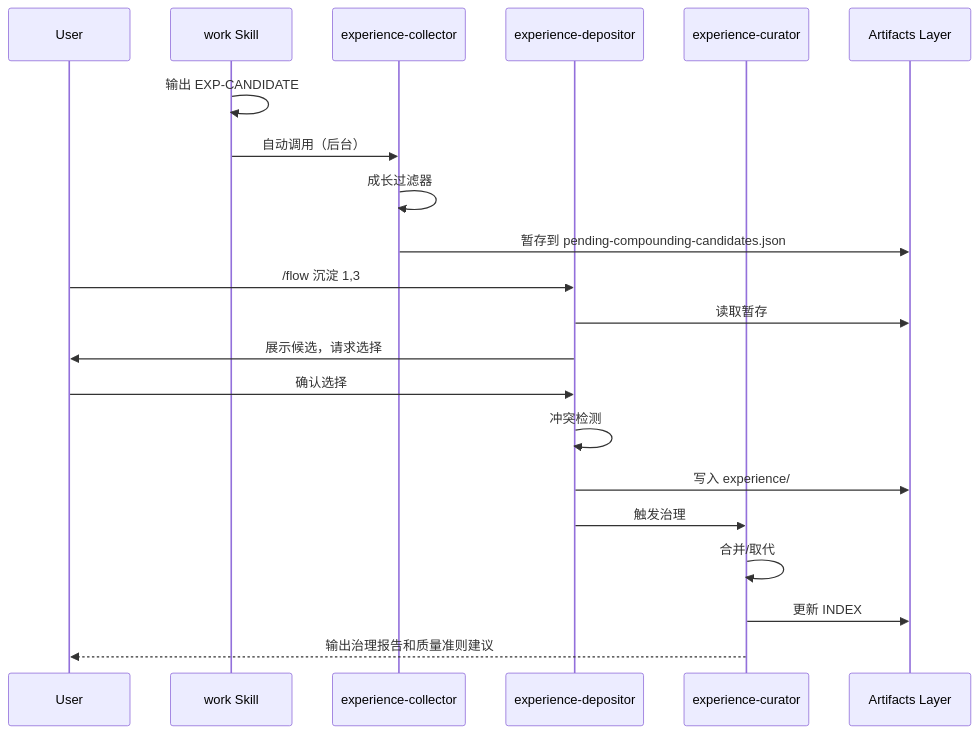
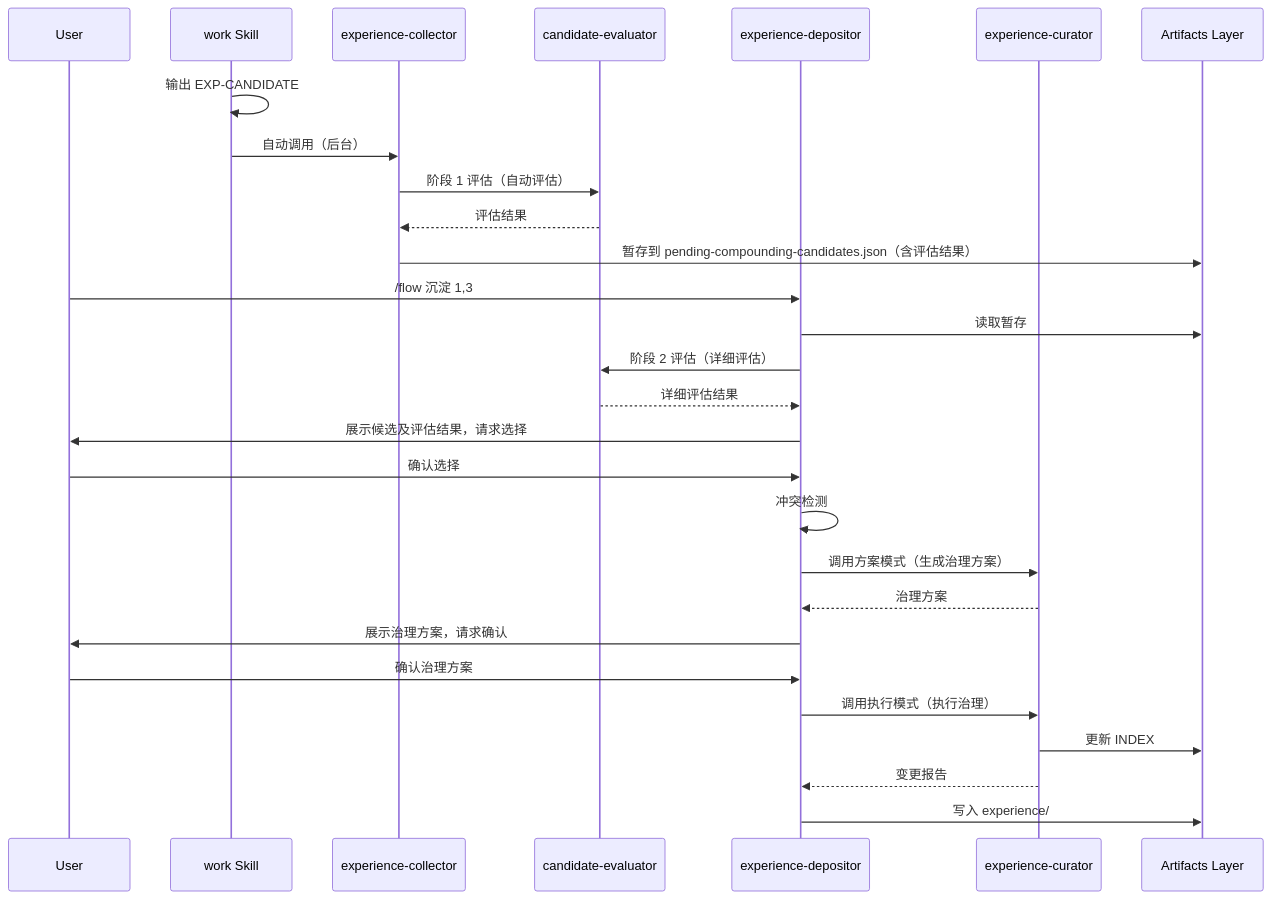
The third of 4 diagrams in docs/01-concepts/architecture-overview.md (tower1229/LingXi), drawn with Mermaid before and after one commit. The commit also changed other lines of this file and 12 other files, not shown here.

````diff
--- a/docs/01-concepts/architecture-overview.md
+++ b/docs/01-concepts/architecture-overview.md
@@ -213,24 +217,31 @@
 ```mermaid
 sequenceDiagram
     participant User
     participant WorkSkill as work Skill
     participant Collector as experience-collector
+    participant Evaluator as candidate-evaluator
     participant Depositor as experience-depositor
     participant Curator as experience-curator
     participant Artifacts as Artifacts Layer
     
     WorkSkill->>WorkSkill: 输出 EXP-CANDIDATE
     WorkSkill->>Collector: 自动调用（后台）
-    Collector->>Collector: 成长过滤器
-    Collector->>Artifacts: 暂存到 pending-compounding-candidates.json
+    Collector->>Evaluator: 阶段 1 评估（自动评估）
+    Evaluator-->>Collector: 评估结果
+    Collector->>Artifacts: 暂存到 pending-compounding-candidates.json（含评估结果）
     User->>Depositor: /flow 沉淀 1,3
     Depositor->>Artifacts: 读取暂存
-    Depositor->>User: 展示候选，请求选择
+    Depositor->>Evaluator: 阶段 2 评估（详细评估）
+    Evaluator-->>Depositor: 详细评估结果
+    Depositor->>User: 展示候选及评估结果，请求选择
     User->>Depositor: 确认选择
     Depositor->>Depositor: 冲突检测
+    Depositor->>Curator: 调用方案模式（生成治理方案）
+    Curator-->>Depositor: 治理方案
+    Depositor->>User: 展示治理方案，请求确认
+    User->>Depositor: 确认治理方案
+    Depositor->>Curator: 调用执行模式（执行治理）
+    Curator->>Artifacts: 更新 INDEX
+    Curator-->>Depositor: 变更报告
     Depositor->>Artifacts: 写入 experience/
-    Depositor->>Curator: 触发治理
-    Curator->>Curator: 合并/取代
-    Curator->>Artifacts: 更新 INDEX
-    Curator-->>User: 输出治理报告和质量准则建议
 ```
````
